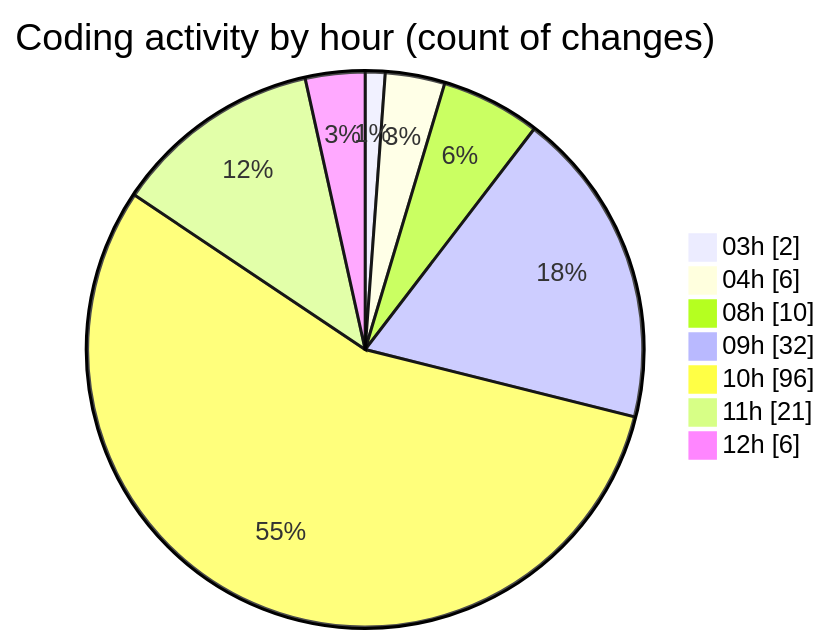
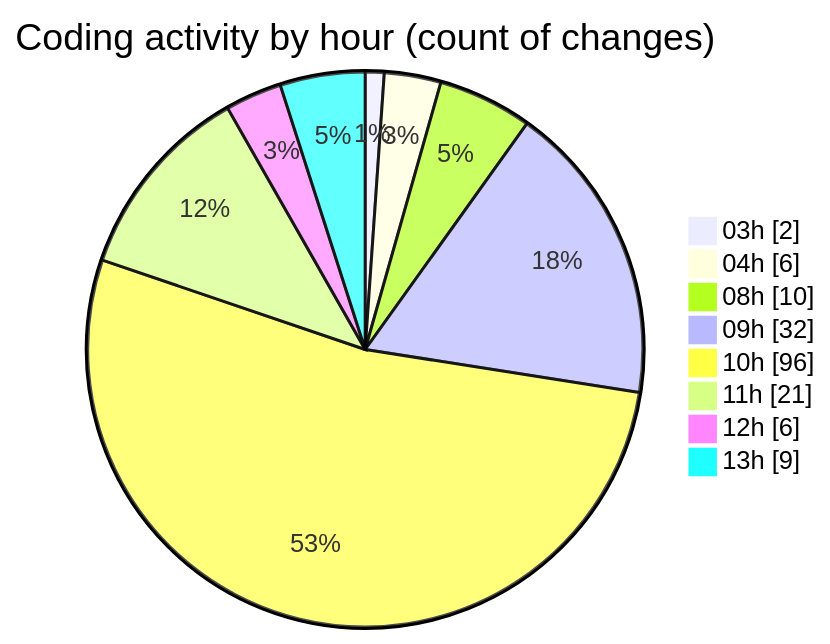
One commit to tmsrecording-cyber/code-tracking changed the second of 2 diagrams in 2026-02-07/singularitybrainai/README.md. Above: the diagram before and after it, drawn with Mermaid. The commit also changed other lines of this file and 1 other file, not shown here.

````diff
--- a/2026-02-07/singularitybrainai/README.md
+++ b/2026-02-07/singularitybrainai/README.md
@@ -51,11 +54,12 @@
 ```mermaid
 pie showData
 title Coding activity by hour (count of changes)
 "03h" : 2
 "04h" : 6
 "08h" : 10
 "09h" : 32
 "10h" : 96
 "11h" : 21
 "12h" : 6
+"13h" : 9
 ```
````
